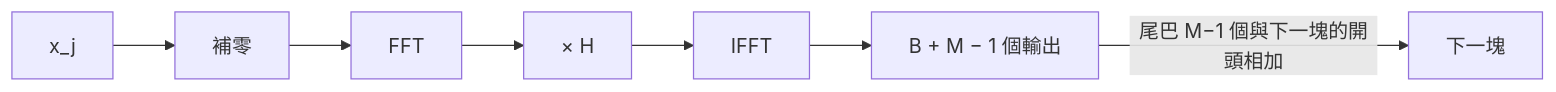
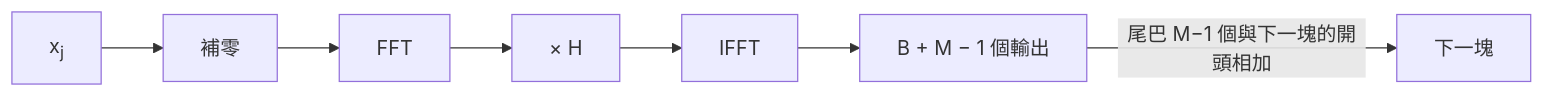
One commit to TomHsieh300/DAW-for-fun changed the seventh of 11 diagrams in lessons/12-reverb/README.zh-TW.md. Above: the diagram before and after it, drawn with Mermaid. The commit also changed other lines of this file and 19 other files, not shown here.

First line of the commit message:
lessons: typeset subscripts and superscripts in Mermaid labels

````diff
--- a/lessons/12-reverb/README.zh-TW.md
+++ b/lessons/12-reverb/README.zh-TW.md
@@ -408,5 +408,5 @@
 ```mermaid
 flowchart LR
-    X["x_j"] --> Z["補零"] --> F["FFT"] --> H["× H"] --> I["IFFT"] --> O["B + M − 1 個輸出"]
+    X["x<sub>j</sub>"] --> Z["補零"] --> F["FFT"] --> H["× H"] --> I["IFFT"] --> O["B + M − 1 個輸出"]
     O -->|"尾巴 M−1 個與下一塊的開頭相加"| N["下一塊"]
 ```
````
